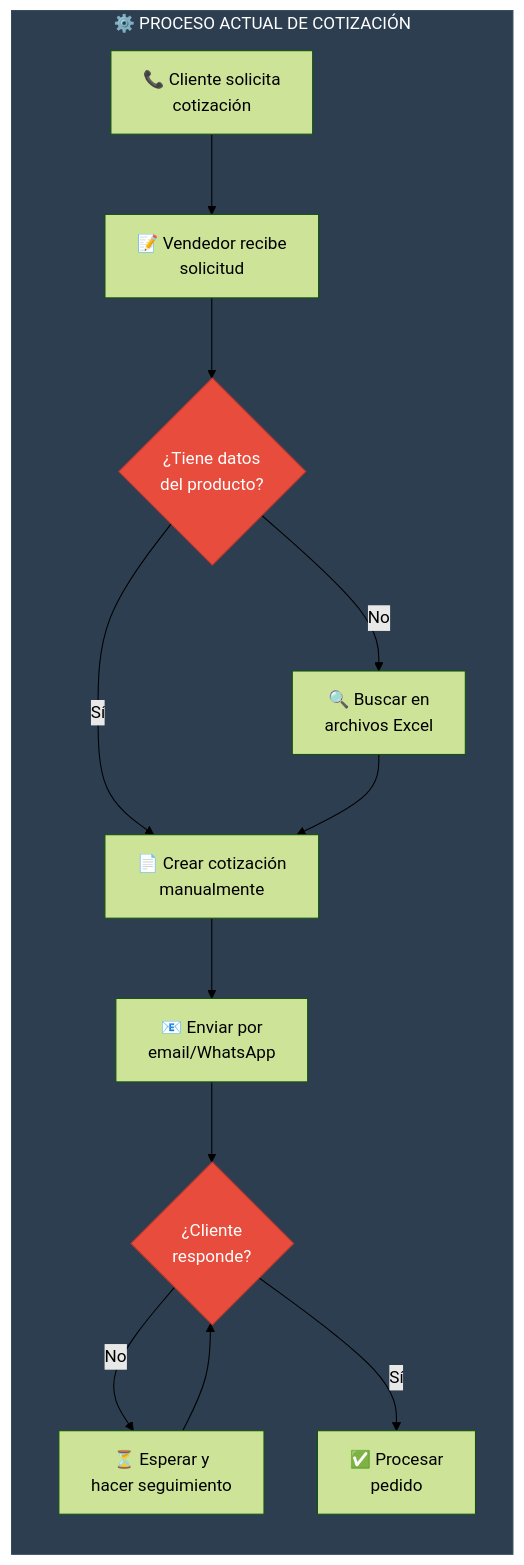
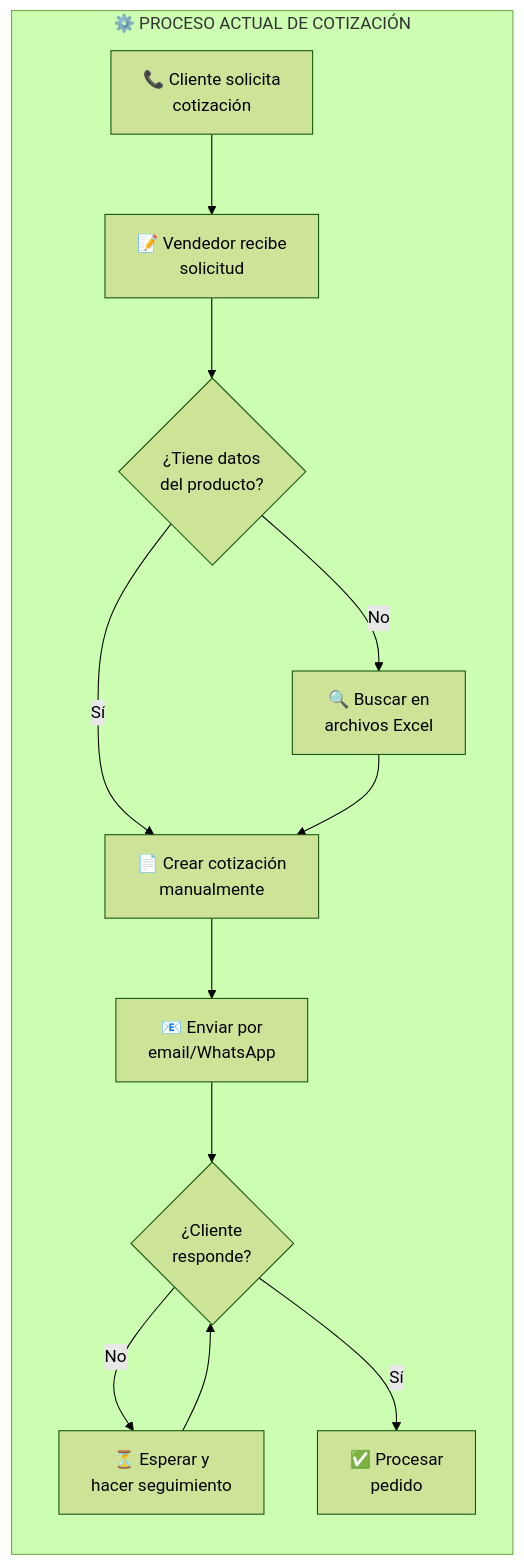
Before and after one commit to decagraff/LCService: the first of 6 diagrams in docs/02-planteamiento-problema/README.md, drawn with Mermaid (forest theme). The commit also changed other lines of this file and 7 other files, not shown here.

````diff
--- a/docs/02-planteamiento-problema/README.md
+++ b/docs/02-planteamiento-problema/README.md
@@ -24,21 +24,18 @@
 ```mermaid
 flowchart TD
     subgraph proceso["⚙️ PROCESO ACTUAL DE COTIZACIÓN"]
         direction TB
 
         A["📞 Cliente solicita<br/>cotización"] --> B["📝 Vendedor recibe<br/>solicitud"]
         B --> C{"¿Tiene datos<br/>del producto?"}
         C -->|No| D["🔍 Buscar en<br/>archivos Excel"]
         C -->|Sí| E["📄 Crear cotización<br/>manualmente"]
         D --> E
         E --> F["📧 Enviar por<br/>email/WhatsApp"]
         F --> G{"¿Cliente<br/>responde?"}
         G -->|No| H["⏳ Esperar y<br/>hacer seguimiento"]
         G -->|Sí| I["✅ Procesar<br/>pedido"]
         H --> G
     end
 
-    style proceso fill:#2c3e50,stroke:#34495e,color:#fff
-    style C fill:#e74c3c,stroke:#c0392b,color:#fff
-    style G fill:#e74c3c,stroke:#c0392b,color:#fff
 ```
````
